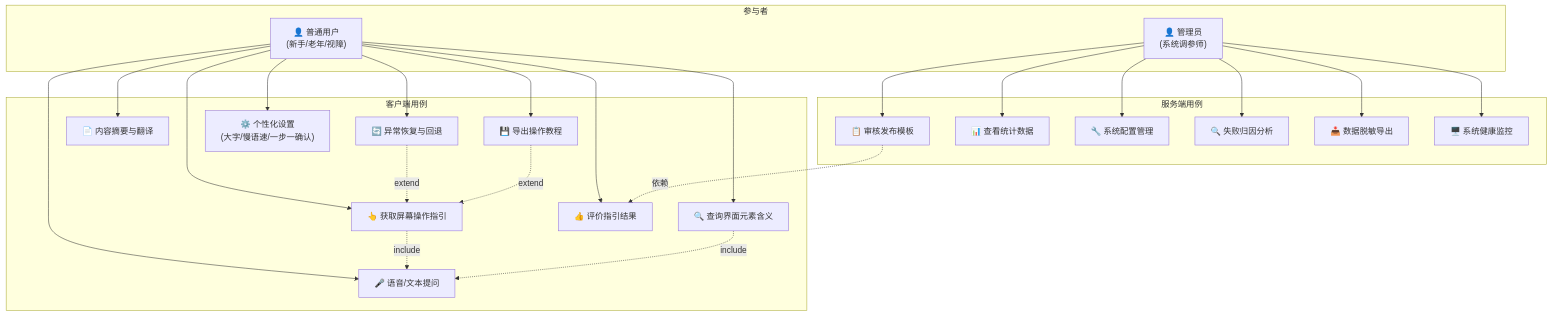
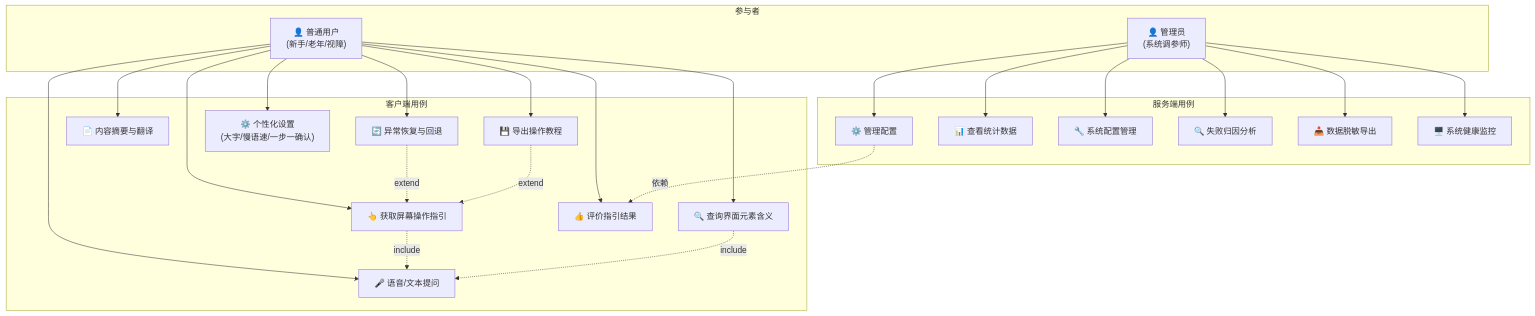
One commit to eicon-xyz/Fuzzy-Visual-Assisted-Question-Answering-System changed diagram 12 of 12 in 项目文档/UML_diagrams.md. Above: the diagram before and after it, drawn with Mermaid. The commit also changed other lines of this file and 12 other files, not shown here.

````diff
--- a/项目文档/UML_diagrams.md
+++ b/项目文档/UML_diagrams.md
@@ -1166,50 +1097,50 @@
 ```mermaid
 graph TB
     subgraph Actors["参与者"]
         USER["👤 普通用户<br/>(新手/老年/视障)"]
         ADMIN["👤 管理员<br/>(系统调参师)"]
     end
 
     subgraph ClientUC["客户端用例"]
         UC1["🎤 语音/文本提问"]
         UC2["👆 获取屏幕操作指引"]
         UC3["🔍 查询界面元素含义"]
         UC4["🔄 异常恢复与回退"]
         UC5["📄 内容摘要与翻译"]
         UC6["💾 导出操作教程"]
         UC7["⚙️ 个性化设置<br/>(大字/慢语速/一步一确认)"]
         UC8["👍 评价指引结果"]
     end
 
     subgraph ServerUC["服务端用例"]
-        UC9["📋 审核发布模板"]
+        UC9["⚙️ 管理配置"]
         UC10["📊 查看统计数据"]
         UC11["🔧 系统配置管理"]
         UC12["🔍 失败归因分析"]
         UC13["📥 数据脱敏导出"]
         UC14["🖥️ 系统健康监控"]
     end
 
     USER --> UC1
     USER --> UC2
     USER --> UC3
     USER --> UC4
     USER --> UC5
     USER --> UC6
     USER --> UC7
     USER --> UC8
 
     UC2 -.->|"include"| UC1
     UC3 -.->|"include"| UC1
     UC4 -.->|"extend"| UC2
     UC6 -.->|"extend"| UC2
 
     ADMIN --> UC9
     ADMIN --> UC10
     ADMIN --> UC11
     ADMIN --> UC12
     ADMIN --> UC13
     ADMIN --> UC14
 
     UC9 -.->|"依赖"| UC8
 ```
````
